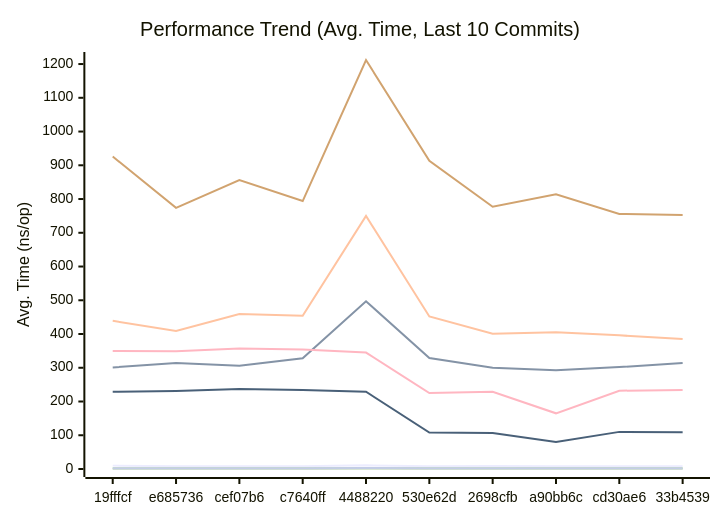
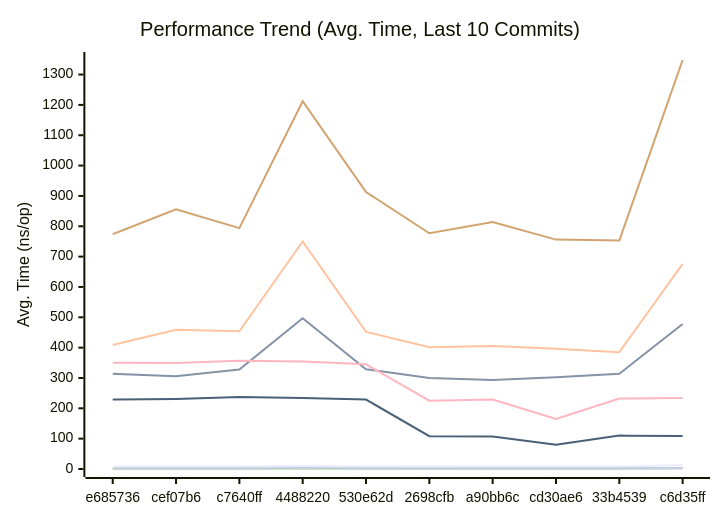
The first of 3 diagrams in docs/PERFORMANCE.md (alsotoes/momo), drawn with Mermaid before and after one commit. The commit also changed other lines of this file and 2 other files, not shown here.

````diff
--- a/docs/PERFORMANCE.md
+++ b/docs/PERFORMANCE.md
@@ -80,16 +80,16 @@
 ```mermaid
 xychart-beta
     title "Performance Trend (Avg. Time, Last 10 Commits)"
     x-axis "Commit"
     y-axis "Avg. Time (ns/op)"
-    x-axis [19fffcf,e685736,cef07b6,c7640ff,4488220,530e62d,2698cfb,a90bb6c,cd30ae6,33b4539]
-    line "CheckMetricsAndSwap" [10,8,8,8,11,8,9,8,8,8]
-    line "CrushOptimized" [301,314,306,328,497,329,300,293,302,314]
-    line "CrushOriginal" [439,409,459,454,750,452,401,405,396,385]
-    line "IndexDirectTracking" [0,0,0,0,1,0,0,0,0,0]
-    line "IndexSearch" [2,2,2,2,2,2,2,2,2,2]
-    line "LoadGlobalConfig" [926,774,856,794,1212,913,777,814,756,753]
-    line "PadString" [2,2,2,2,3,2,2,2,2,2]
+    x-axis [e685736,cef07b6,c7640ff,4488220,530e62d,2698cfb,a90bb6c,cd30ae6,33b4539,c6d35ff]
+    line "CheckMetricsAndSwap" [8,8,8,11,8,9,8,8,8,13]
+    line "CrushOptimized" [314,306,328,497,329,300,293,302,314,478]
+    line "CrushOriginal" [409,459,454,750,452,401,405,396,385,676]
+    line "IndexDirectTracking" [0,0,0,1,0,0,0,0,0,1]
+    line "IndexSearch" [2,2,2,2,2,2,2,2,2,3]
+    line "LoadGlobalConfig" [774,856,794,1212,913,777,814,756,753,1348]
+    line "PadString" [2,2,2,3,2,2,2,2,2,3]
     line "ParseReplicationOrder_NoPrealloc" [350,349,357,354,345,225,229,165,232,234]
     line "ParseReplicationOrder_Prealloc" [229,231,237,234,229,108,107,80,110,109]
 ```
````
